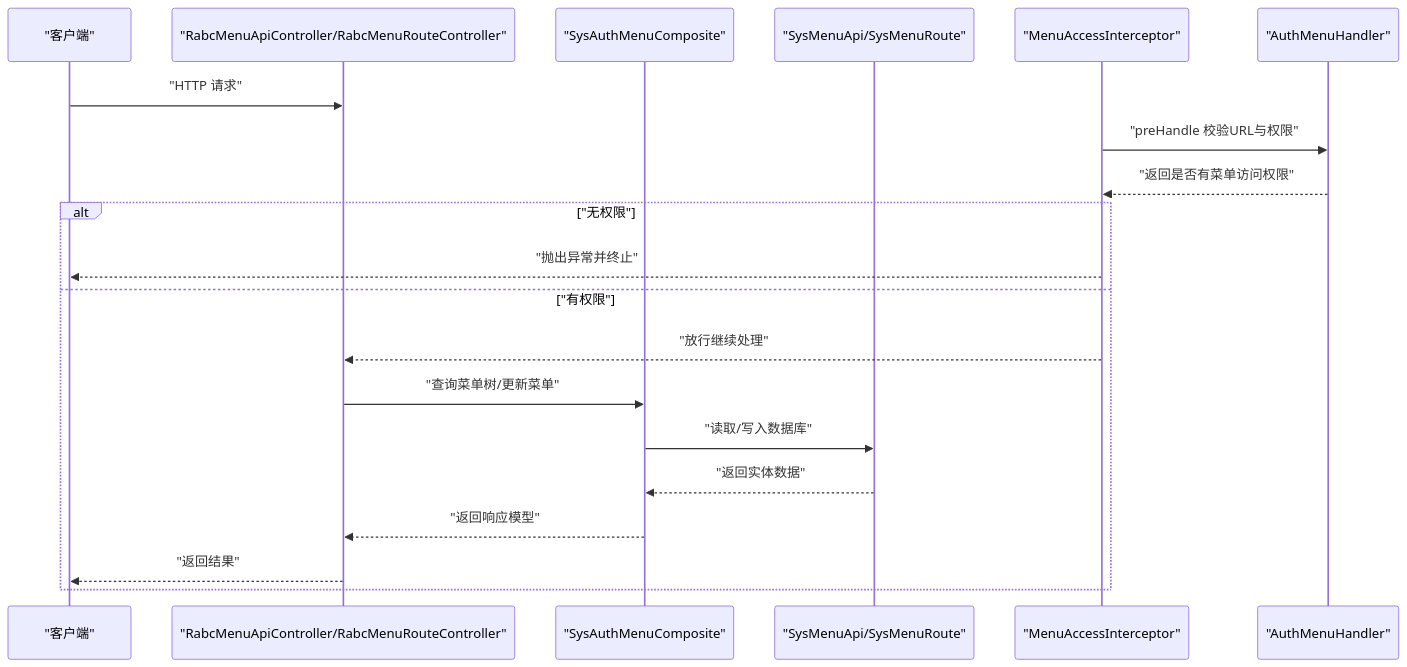
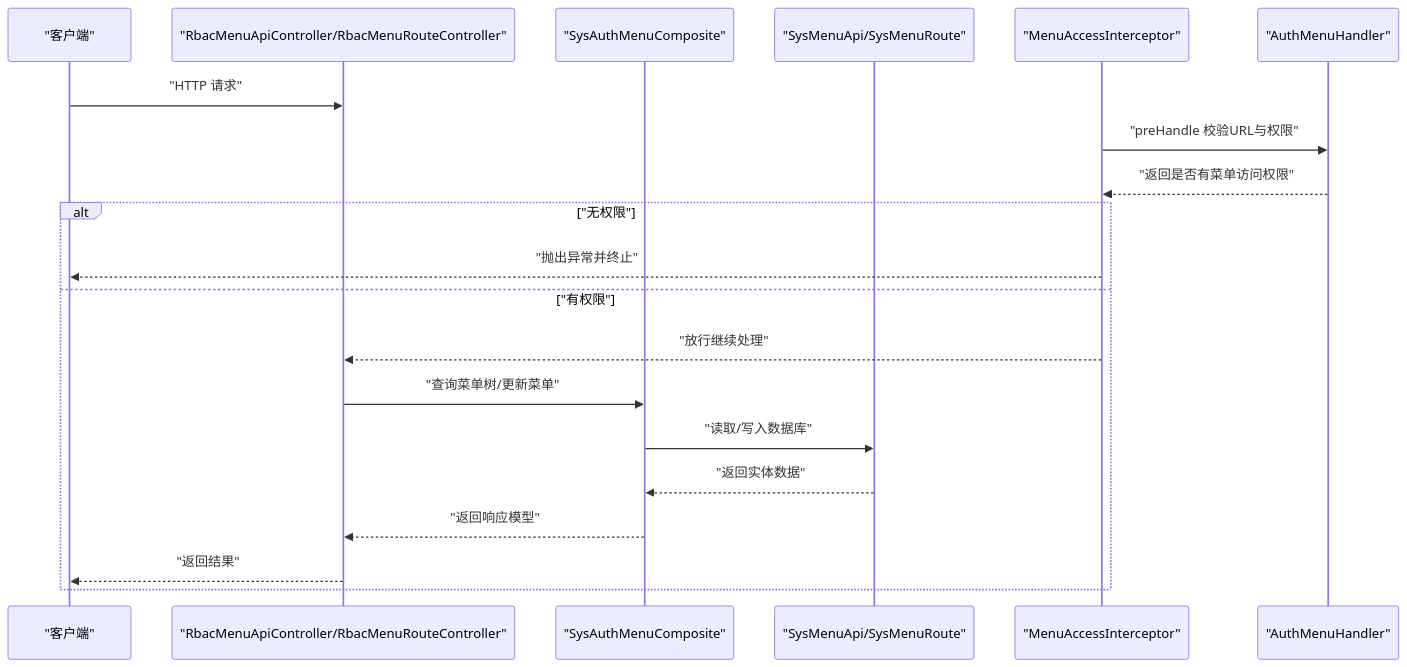
Before and after one commit to LiukewenSC/kewen-framework: the second of 6 diagrams in .qoder/repowiki/zh/content/权限系统 (qy-auth)/RBAC实现 (auth-rbac)/菜单权限.md, drawn with Mermaid. The commit also changed other lines of this file and 764 other files, not shown here.

````diff
--- a/.qoder/repowiki/zh/content/权限系统 (qy-auth)/RBAC实现 (auth-rbac)/菜单权限.md
+++ b/.qoder/repowiki/zh/content/权限系统 (qy-auth)/RBAC实现 (auth-rbac)/菜单权限.md
@@ -136,22 +136,22 @@
 ```mermaid
 sequenceDiagram
 participant Client as "客户端"
-participant Ctrl as "RabcMenuApiController/RabcMenuRouteController"
+participant Ctrl as "RbacMenuApiController/RbacMenuRouteController"
 participant Composite as "SysAuthMenuComposite"
 participant Entity as "SysMenuApi/SysMenuRoute"
 participant Interceptor as "MenuAccessInterceptor"
 participant Handler as "AuthMenuHandler"
 Client->>Ctrl : "HTTP 请求"
 Interceptor->>Handler : "preHandle 校验URL与权限"
 Handler-->>Interceptor : "返回是否有菜单访问权限"
 alt "无权限"
 Interceptor-->>Client : "抛出异常并终止"
 else "有权限"
 Interceptor-->>Ctrl : "放行继续处理"
 Ctrl->>Composite : "查询菜单树/更新菜单"
 Composite->>Entity : "读取/写入数据库"
 Entity-->>Composite : "返回实体数据"
 Composite-->>Ctrl : "返回响应模型"
 Ctrl-->>Client : "返回结果"
 end
 ```
````
